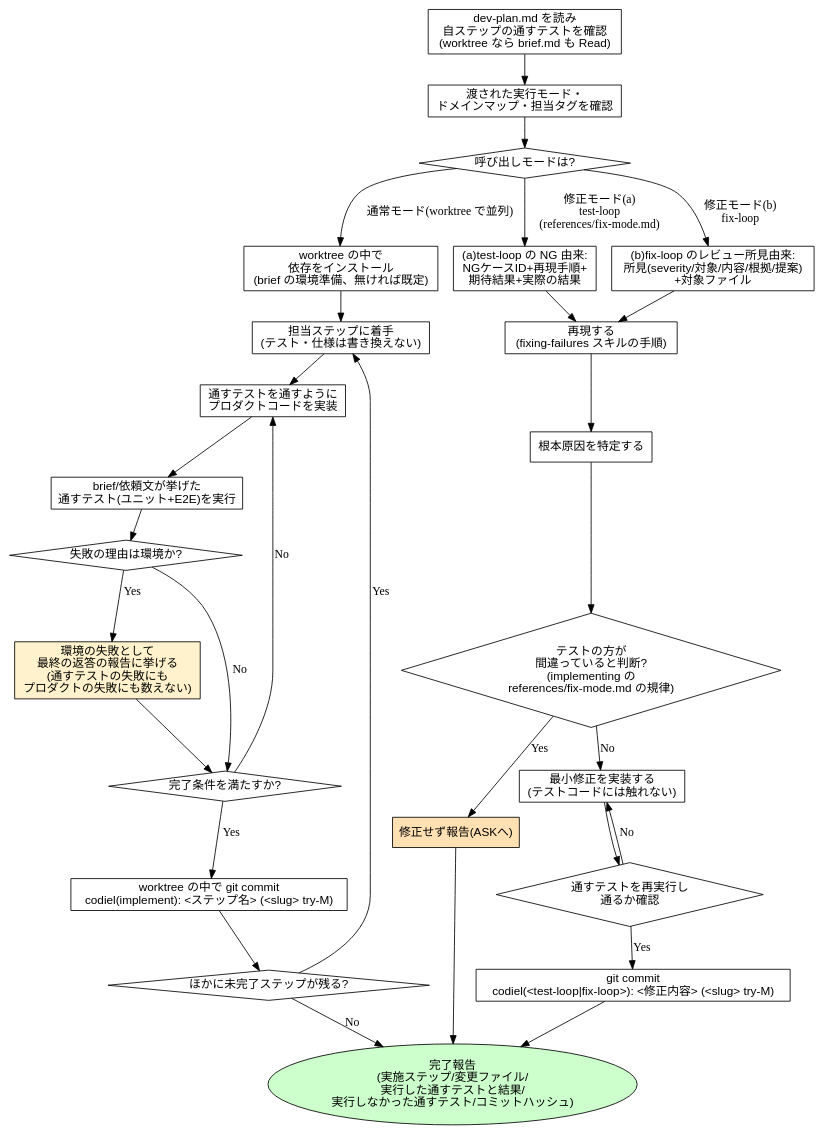
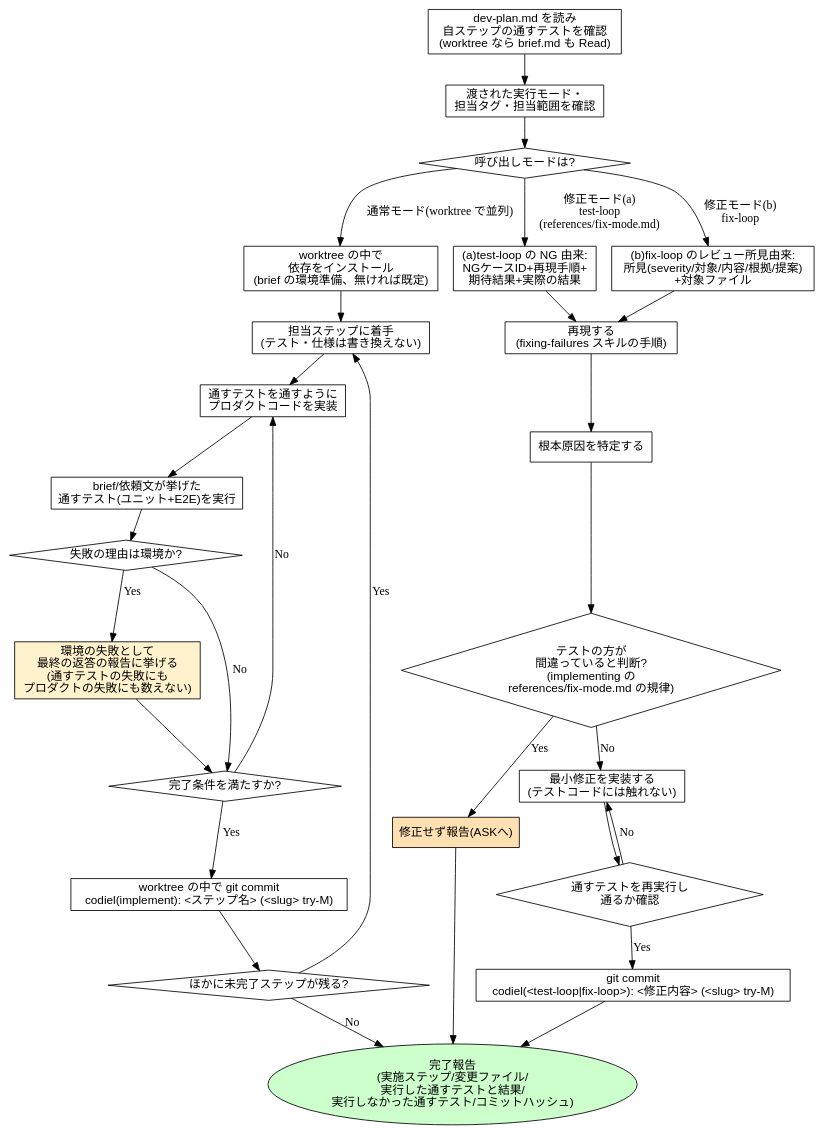
Before and after one commit to Amatsuka-kobo/amatsuka-claude-plugins: the sixth of 14 diagrams in plugins/codiel/docs/skill-flowcharts.md, drawn with Graphviz. The commit also changed 4 other files, not shown here.

````diff
--- a/plugins/codiel/docs/skill-flowcharts.md
+++ b/plugins/codiel/docs/skill-flowcharts.md
@@ -191,58 +191,58 @@
 ```dot
 digraph implementing {
   rankdir=TB;
   node [fontname="sans-serif"];
 
   read_plan [label="dev-plan.md を読み\n自ステップの通すテストを確認\n(worktree なら brief.md も Read)", shape=box];
-  read_arch [label="渡された実行モード・\nドメインマップ・担当タグを確認", shape=box];
+  read_arch [label="渡された実行モード・\n担当タグ・担当範囲を確認", shape=box];
   mode [label="呼び出しモードは?", shape=diamond];
 
   install [label="worktree の中で\n依存をインストール\n(brief の環境準備、無ければ既定)", shape=box];
   next_step [label="担当ステップに着手\n(テスト・仕様は書き換えない)", shape=box];
   implement_code [label="通すテストを通すように\nプロダクトコードを実装", shape=box];
   run_tests [label="brief/依頼文が挙げた\n通すテスト(ユニット+E2E)を実行", shape=box];
   env_check [label="失敗の理由は環境か?", shape=diamond];
   env_report [label="環境の失敗として\n最終の返答の報告に挙げる\n(通すテストの失敗にも\nプロダクトの失敗にも数えない)", shape=box, style=filled, fillcolor="#fff2cc"];
   verify [label="完了条件を満たすか?", shape=diamond];
   commit_step [label="worktree の中で git commit\ncodiel(implement): <ステップ名> (<slug> try-M)", shape=box];
   more_steps [label="ほかに未完了ステップが残る?", shape=diamond];
 
   receive_a [label="(a)test-loop の NG 由来:\nNGケースID+再現手順+\n期待結果+実際の結果", shape=box];
   receive_b [label="(b)fix-loop のレビュー所見由来:\n所見(severity/対象/内容/根拠/提案)\n+対象ファイル", shape=box];
   reproduce [label="再現する\n(fixing-failures スキルの手順)", shape=box];
   root_cause [label="根本原因を特定する", shape=box];
   spec_wrong [label="テストの方が\n間違っていると判断?\n(implementing の\nreferences/fix-mode.md の規律)", shape=diamond];
   escalate [label="修正せず報告(ASKへ)", shape=box, style=filled, fillcolor="#ffe0b3"];
   minimal_fix [label="最小修正を実装する\n(テストコードには触れない)", shape=box];
   verify_fix [label="通すテストを再実行し\n通るか確認", shape=diamond];
   commit_fix [label="git commit\ncodiel(<test-loop|fix-loop>): <修正内容> (<slug> try-M)", shape=box];
 
   report [label="完了報告\n(実施ステップ/変更ファイル/\n実行した通すテストと結果/\n実行しなかった通すテスト/コミットハッシュ)", shape=ellipse, style=filled, fillcolor="#ccffcc"];
 
   read_plan -> read_arch -> mode;
   mode -> install [label="通常モード(worktree で並列)"];
   mode -> receive_a [label="修正モード(a)\ntest-loop\n(references/fix-mode.md)"];
   mode -> receive_b [label="修正モード(b)\nfix-loop"];
 
   install -> next_step -> implement_code -> run_tests -> env_check;
   env_check -> env_report [label="Yes"];
   env_check -> verify [label="No"];
   env_report -> verify;
   verify -> implement_code [label="No"];
   verify -> commit_step [label="Yes"];
   commit_step -> more_steps;
   more_steps -> next_step [label="Yes"];
   more_steps -> report [label="No"];
 
   receive_a -> reproduce;
   receive_b -> reproduce;
   reproduce -> root_cause -> spec_wrong;
   spec_wrong -> escalate [label="Yes"];
   spec_wrong -> minimal_fix [label="No"];
   minimal_fix -> verify_fix;
   verify_fix -> minimal_fix [label="No"];
   verify_fix -> commit_fix [label="Yes"];
   commit_fix -> report;
   escalate -> report;
 }
 ```
````
